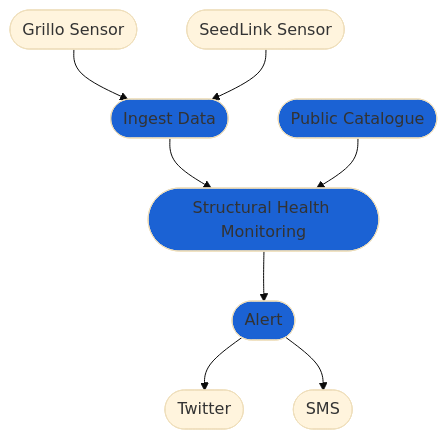
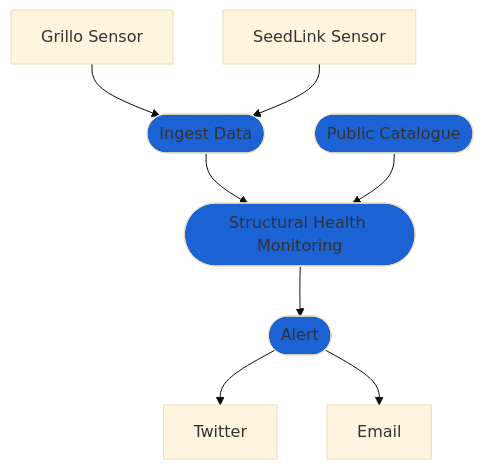
One commit to grillo/grillo-docs changed the diagram in docs/how-to/advanced_structural_monitoring.md. Above: the diagram before and after it, drawn with Mermaid (base theme). The commit also changed 57 other files, not shown here.

````diff
--- a/docs/how-to/advanced_structural_monitoring.md
+++ b/docs/how-to/advanced_structural_monitoring.md
@@ -9,9 +9,9 @@
 ```mermaid
 flowchart TB
-   A([Grillo Sensor]) & B([SeedLink Sensor]) --> C([Ingest Data]) --> E([Structural Health Monitoring]) --> F([Alert]) --> G([Twitter]) & H([SMS])
+   A[Grillo Sensor] & B[SeedLink Sensor] --> C([Ingest Data]) --> E([Structural Health Monitoring]) --> F([Alert]) --> G[Twitter] & H[Email]
    D([Public Catalogue]) --> E
    style C fill:#1b62d4
    style D fill:#1b62d4
    style E fill:#1b62d4
    style F fill:#1b62d4
 ```
````
